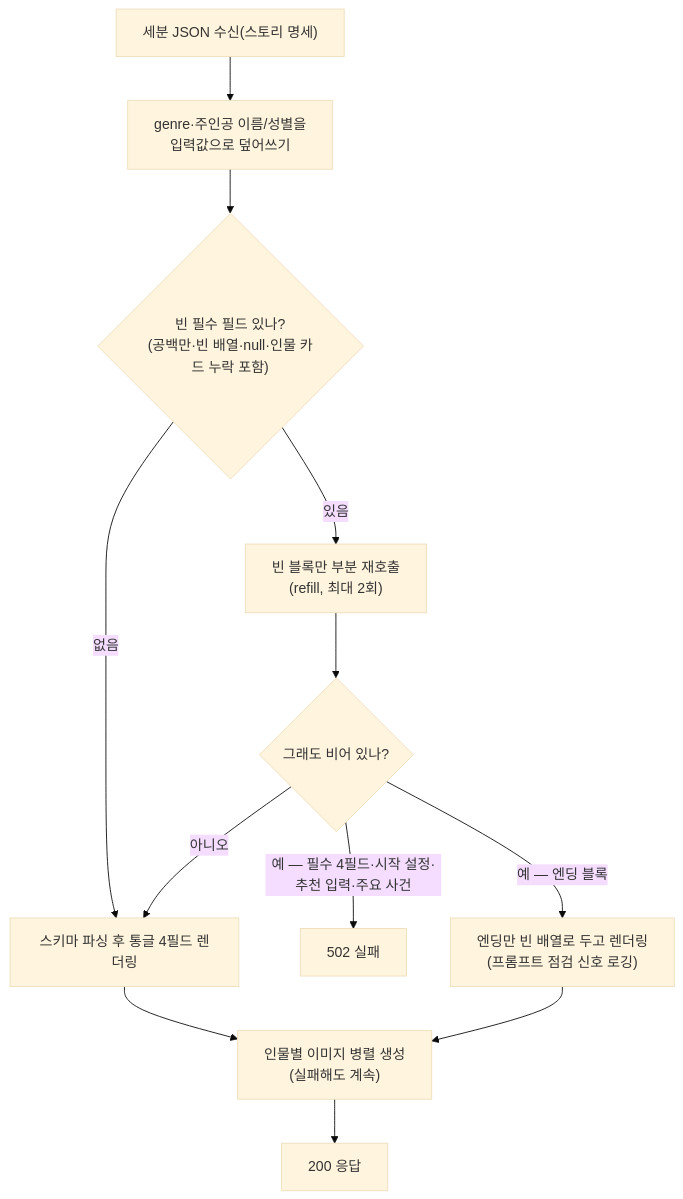
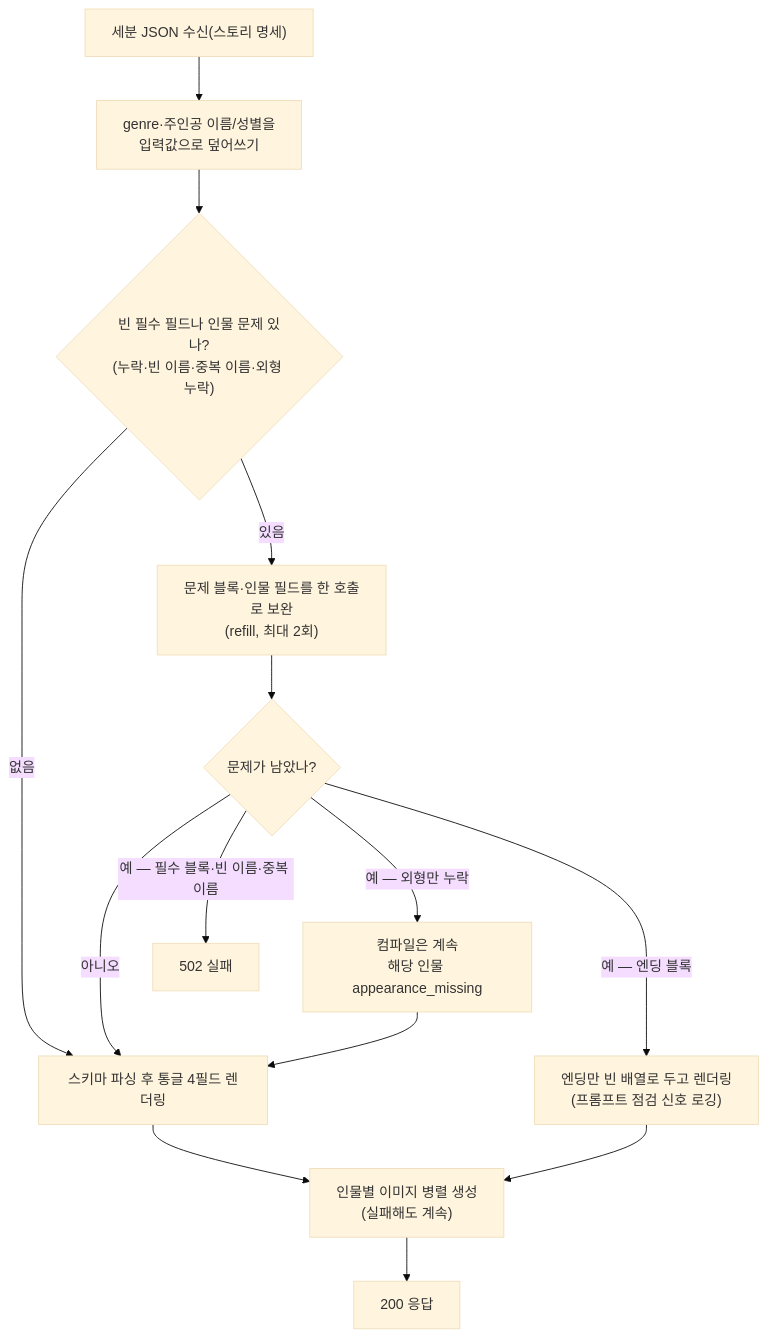
Before and after one commit to KIM-N-KANG/knk-harness: the third of 8 diagrams in docs/product-specs/5-ai-server.md, drawn with Mermaid (base theme). The commit also changed other lines of this file, not shown here.

````diff
--- a/docs/product-specs/5-ai-server.md
+++ b/docs/product-specs/5-ai-server.md
@@ -475,14 +475,16 @@
 ```mermaid
 graph TD
     In["세분 JSON 수신(스토리 명세)"] --> Inject["genre·주인공 이름/성별을<br/>입력값으로 덮어쓰기"]
-    Inject --> Check{"빈 필수 필드 있나?<br/>(공백만·빈 배열·null·인물 카드 누락 포함)"}
+    Inject --> Check{"빈 필수 필드나 인물 문제 있나?<br/>(누락·빈 이름·중복 이름·외형 누락)"}
     Check -->|없음| Render["스키마 파싱 후 통글 4필드 렌더링"]
     Render --> Image["인물별 이미지 병렬 생성<br/>(실패해도 계속)"]
     Image --> OK[200 응답]
-    Check -->|있음| Refill["빈 블록만 부분 재호출<br/>(refill, 최대 2회)"]
-    Refill --> Re{"그래도 비어 있나?"}
+    Check -->|있음| Refill["문제 블록·인물 필드를 한 호출로 보완<br/>(refill, 최대 2회)"]
+    Refill --> Re{"문제가 남았나?"}
     Re -->|아니오| Render
-    Re -->|"예 — 필수 4필드·시작 설정·추천 입력·주요 사건"| F502[502 실패]
+    Re -->|"예 — 필수 블록·빈 이름·중복 이름"| F502[502 실패]
+    Re -->|"예 — 외형만 누락"| SoftImage["컴파일은 계속<br/>해당 인물 appearance_missing"]
+    SoftImage --> Render
     Re -->|"예 — 엔딩 블록"| Empty["엔딩만 빈 배열로 두고 렌더링<br/>(프롬프트 점검 신호 로깅)"]
     Empty --> Image
 ```
````
